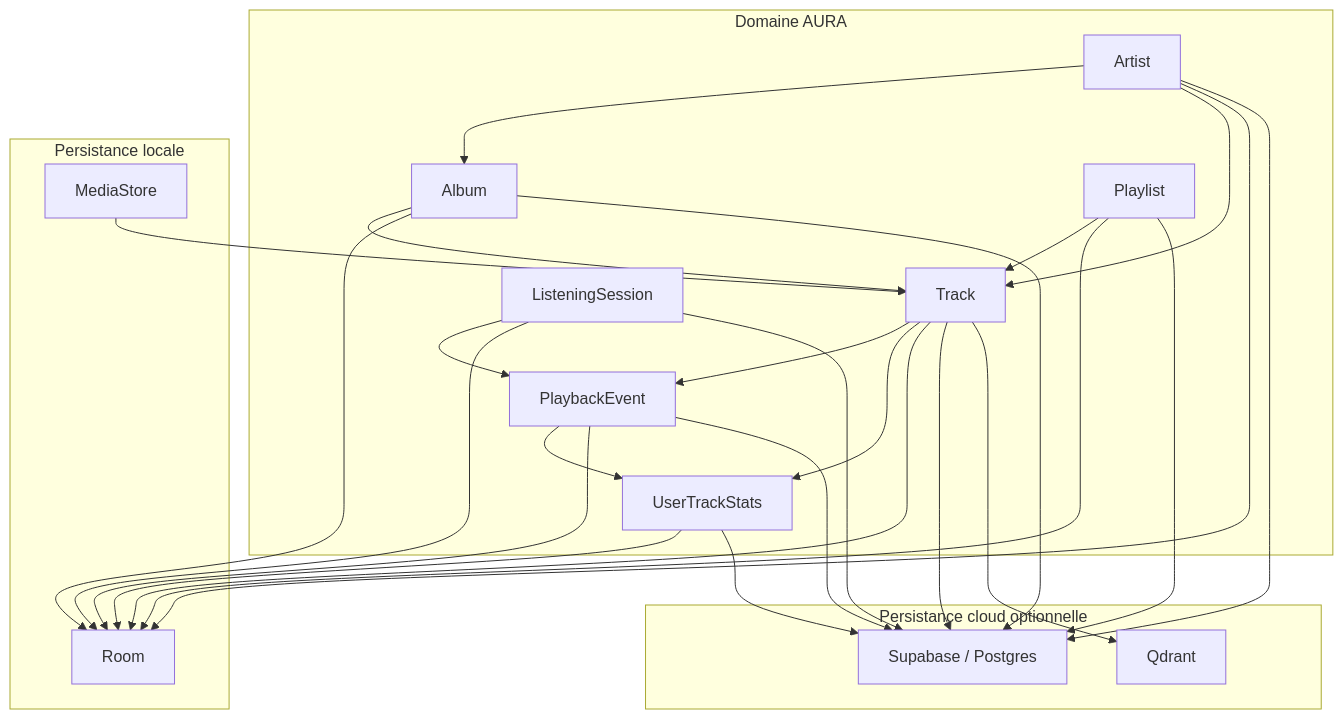
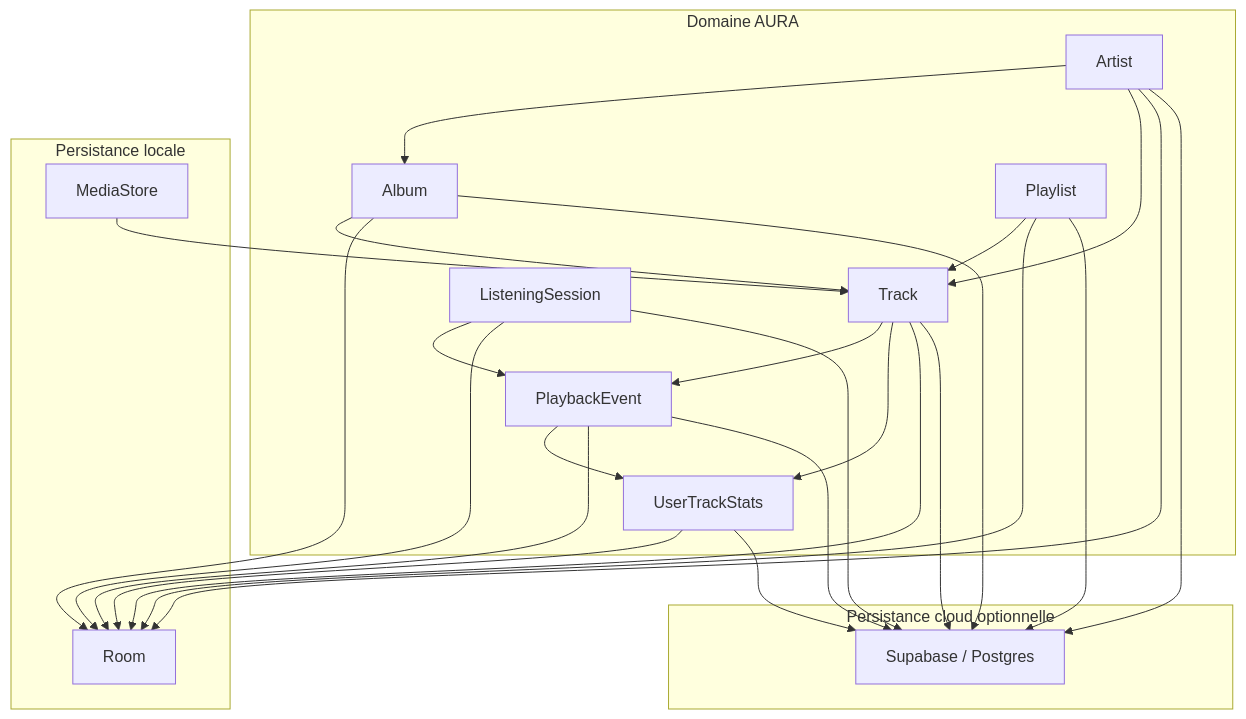
The diagram in docs/domain/data-relationships.md (tibo00000/AURA), drawn with Mermaid before and after one commit. The commit also changed other lines of this file and 18 other files, not shown here.

````diff
--- a/docs/domain/data-relationships.md
+++ b/docs/domain/data-relationships.md
@@ -13,50 +12,48 @@
 ```mermaid
 flowchart TB
   subgraph Domain["Domaine AURA"]
     Artist["Artist"]
     Album["Album"]
     Track["Track"]
     Playlist["Playlist"]
     ListeningSession["ListeningSession"]
     PlaybackEvent["PlaybackEvent"]
     UserTrackStats["UserTrackStats"]
   end
 
   subgraph Local["Persistance locale"]
     MediaStore["MediaStore"]
     Room["Room"]
   end
 
   subgraph Cloud["Persistance cloud optionnelle"]
     Postgres["Supabase / Postgres"]
-    Qdrant["Qdrant"]
   end
 
   Artist --> Album
   Artist --> Track
   Album --> Track
   Playlist --> Track
   ListeningSession --> PlaybackEvent
   Track --> PlaybackEvent
   Track --> UserTrackStats
   PlaybackEvent --> UserTrackStats
 
   MediaStore --> Track
   Track --> Room
   Artist --> Room
   Album --> Room
   Playlist --> Room
   ListeningSession --> Room
   PlaybackEvent --> Room
   UserTrackStats --> Room
 
   Track --> Postgres
   Artist --> Postgres
   Album --> Postgres
   Playlist --> Postgres
   ListeningSession --> Postgres
   PlaybackEvent --> Postgres
   UserTrackStats --> Postgres
 
-  Track --> Qdrant
 ```
````
